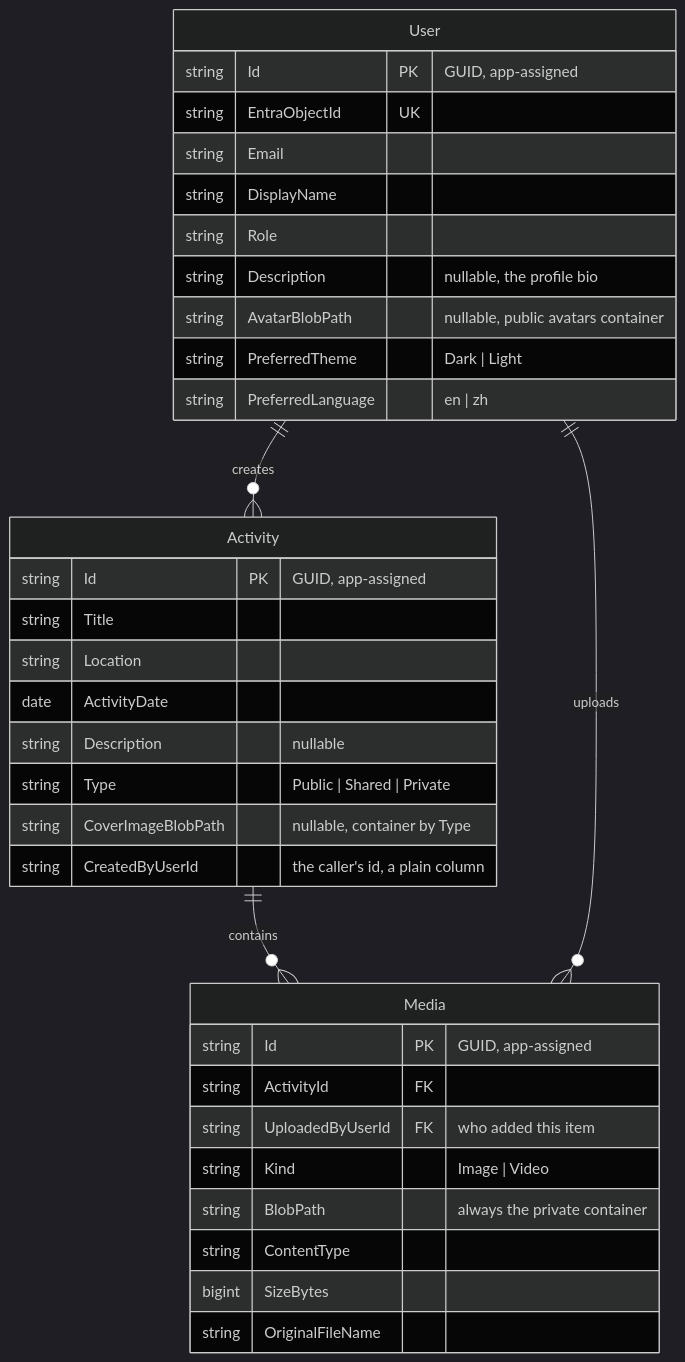
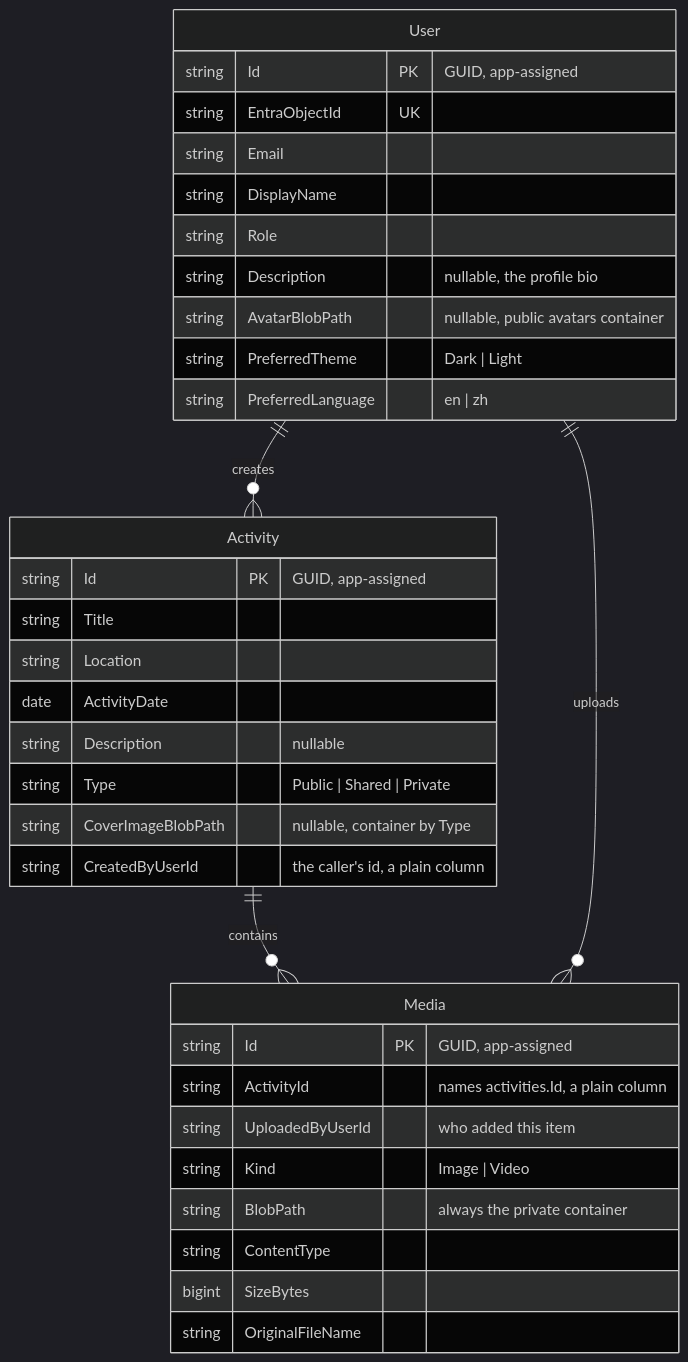
The diagram in docs/PRD.md (RhaegarC/TrailBlaze), drawn with Mermaid (dark theme) before and after one commit. The commit also changed other lines of this file and 29 other files, not shown here.

````diff
--- a/docs/PRD.md
+++ b/docs/PRD.md
@@ -187,37 +187,37 @@
 ```mermaid
 erDiagram
     User ||--o{ Activity : creates
     Activity ||--o{ Media : contains
     User ||--o{ Media : uploads
     User {
         string Id PK "GUID, app-assigned"
         string EntraObjectId UK
         string Email
         string DisplayName
         string Role
         string Description "nullable, the profile bio"
         string AvatarBlobPath "nullable, public avatars container"
         string PreferredTheme "Dark | Light"
         string PreferredLanguage "en | zh"
     }
     Activity {
         string Id PK "GUID, app-assigned"
         string Title
         string Location
         date ActivityDate
         string Description "nullable"
         string Type "Public | Shared | Private"
         string CoverImageBlobPath "nullable, container by Type"
         string CreatedByUserId "the caller's id, a plain column"
     }
     Media {
         string Id PK "GUID, app-assigned"
-        string ActivityId FK
-        string UploadedByUserId FK "who added this item"
+        string ActivityId "names activities.Id, a plain column"
+        string UploadedByUserId "who added this item"
         string Kind "Image | Video"
         string BlobPath "always the private container"
         string ContentType
         bigint SizeBytes
         string OriginalFileName
     }
 ```
````
